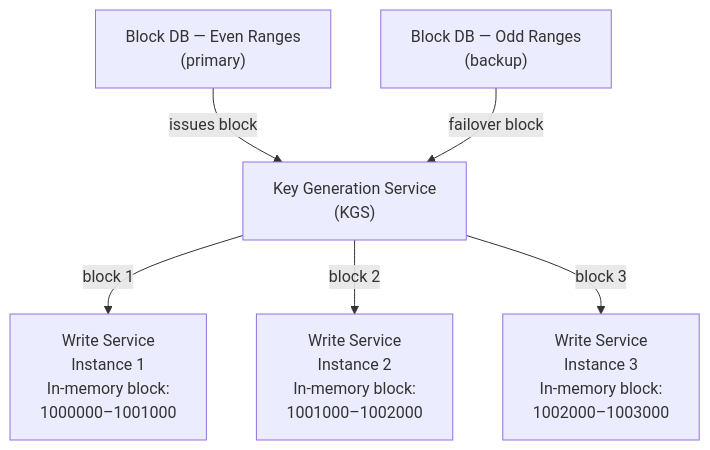
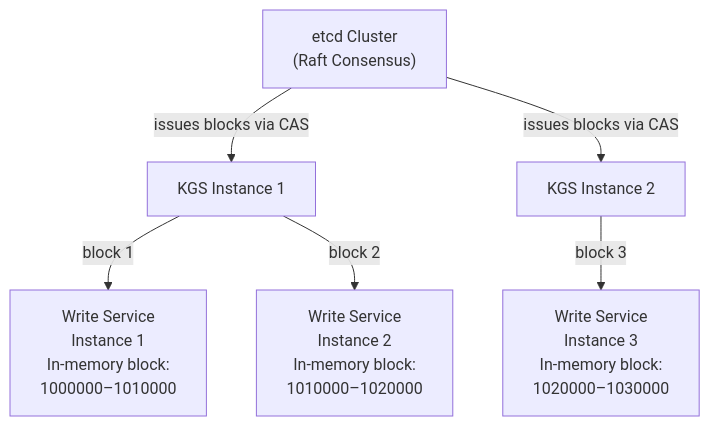
Before and after one commit to hemantkgupta/url-shortener: the sixth of 23 diagrams in url-shortener-system-design-1.md, drawn with Mermaid. The commit also changed other lines of this file and 156 other files, not shown here.

````diff
--- a/url-shortener-system-design-1.md
+++ b/url-shortener-system-design-1.md
@@ -355,16 +328,16 @@
 ```mermaid
 flowchart TD
-    KGS["Key Generation Service<br/>(KGS)"]
-    ODD["Block DB — Odd Ranges<br/>(backup)"]
-    EVEN["Block DB — Even Ranges<br/>(primary)"]
+    ETCD["etcd Cluster<br/>(Raft Consensus)"]
+    KGS1["KGS Instance 1"]
+    KGS2["KGS Instance 2"]
 
-    WS1["Write Service<br/>Instance 1<br/>In-memory block:<br/>1000000–1001000"]
-    WS2["Write Service<br/>Instance 2<br/>In-memory block:<br/>1001000–1002000"]
-    WS3["Write Service<br/>Instance 3<br/>In-memory block:<br/>1002000–1003000"]
+    WS1["Write Service<br/>Instance 1<br/>In-memory block:<br/>1000000–1010000"]
+    WS2["Write Service<br/>Instance 2<br/>In-memory block:<br/>1010000–1020000"]
+    WS3["Write Service<br/>Instance 3<br/>In-memory block:<br/>1020000–1030000"]
 
-    EVEN -->|issues block| KGS
-    ODD -->|failover block| KGS
-    KGS -->|block 1| WS1
-    KGS -->|block 2| WS2
-    KGS -->|block 3| WS3
+    ETCD -->|issues blocks via CAS| KGS1
+    ETCD -->|issues blocks via CAS| KGS2
+    KGS1 -->|block 1| WS1
+    KGS1 -->|block 2| WS2
+    KGS2 -->|block 3| WS3
 ```
````
